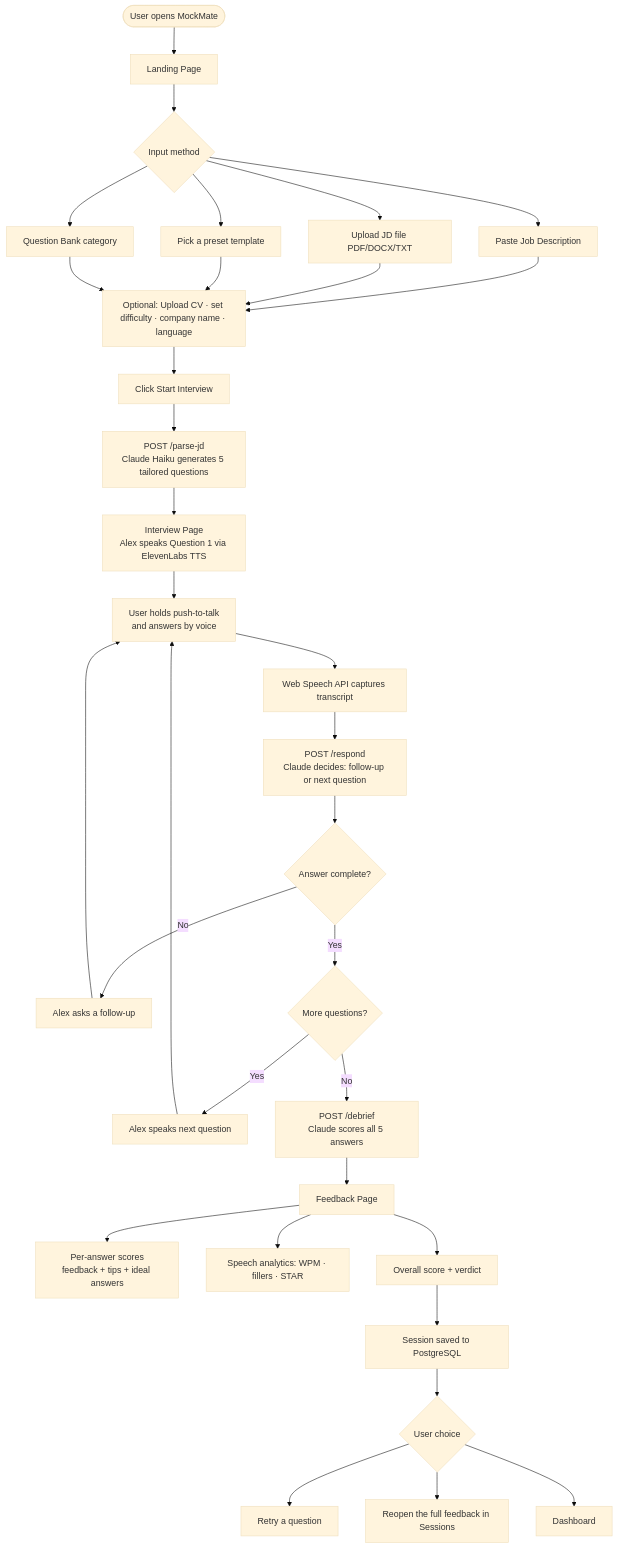
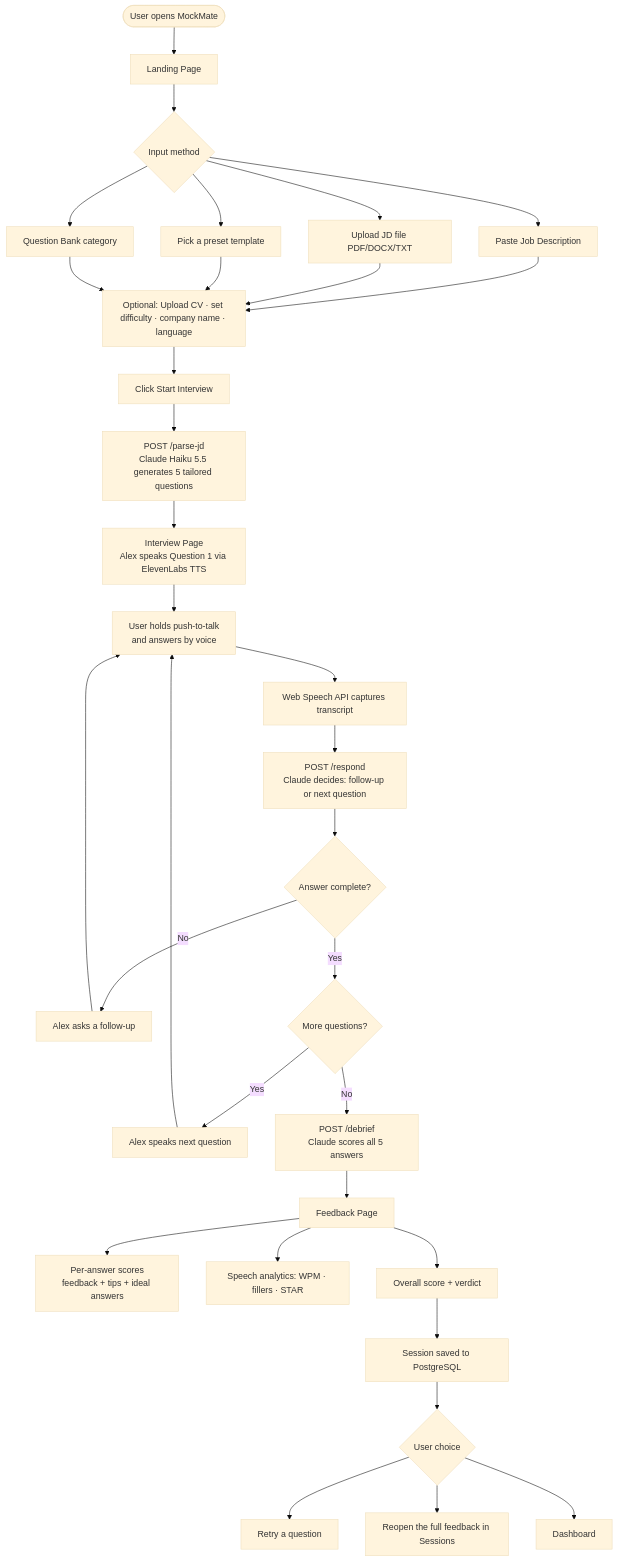
One commit to VolodymyrSalenko/MockMate changed the diagram in README.md. Above: the diagram before and after it, drawn with Mermaid (base theme). The commit also changed other lines of this file and 12 other files, not shown here.

First line of the commit message:
feat: Haiku 5.5 + Sonnet 5.5, level-aware questions and feedback, recent job ads, clearer interview screen (#11)

````diff
--- a/README.md
+++ b/README.md
@@ -11,40 +11,40 @@
 ```mermaid
 flowchart TD
     A([User opens MockMate]) --> B[Landing Page]
 
     B --> C{Input method}
     C --> D[Paste Job Description]
     C --> E[Upload JD file PDF/DOCX/TXT]
     C --> F[Pick a preset template]
     C --> G[Question Bank category]
 
     D & E & F & G --> H[Optional: Upload CV · set difficulty · company name · language]
     H --> I[Click Start Interview]
 
-    I --> J[POST /parse-jd\nClaude Haiku generates 5 tailored questions]
+    I --> J[POST /parse-jd\nClaude Haiku 5.5 generates 5 tailored questions]
 
     J --> K[Interview Page\nAlex speaks Question 1 via ElevenLabs TTS]
 
     K --> L[User holds push-to-talk\nand answers by voice]
     L --> M[Web Speech API captures transcript]
     M --> N[POST /respond\nClaude decides: follow-up or next question]
 
     N --> O{Answer complete?}
     O -- No --> P[Alex asks a follow-up]
     P --> L
     O -- Yes --> Q{More questions?}
     Q -- Yes --> R[Alex speaks next question]
     R --> L
     Q -- No --> S[POST /debrief\nClaude scores all 5 answers]
 
     S --> T[Feedback Page]
     T --> U[Per-answer scores\nfeedback + tips + ideal answers]
     T --> V[Speech analytics: WPM · fillers · STAR]
     T --> W[Overall score + verdict]
 
     W --> X[Session saved to PostgreSQL]
     X --> Y{User choice}
     Y --> Z[Retry a question]
     Y --> AA[Reopen the full feedback in Sessions]
     Y --> AB[Dashboard]
 ```
````
